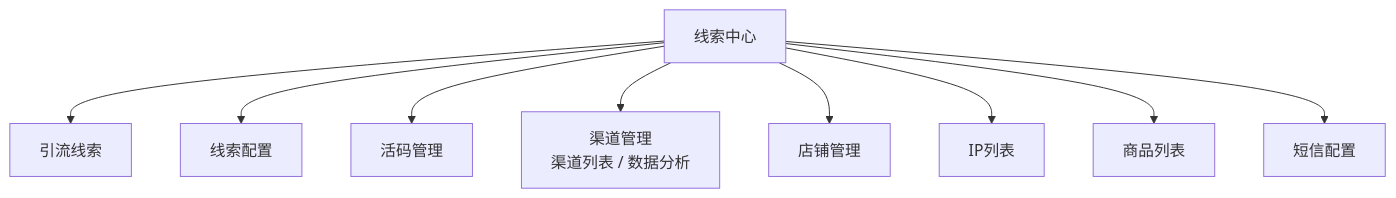
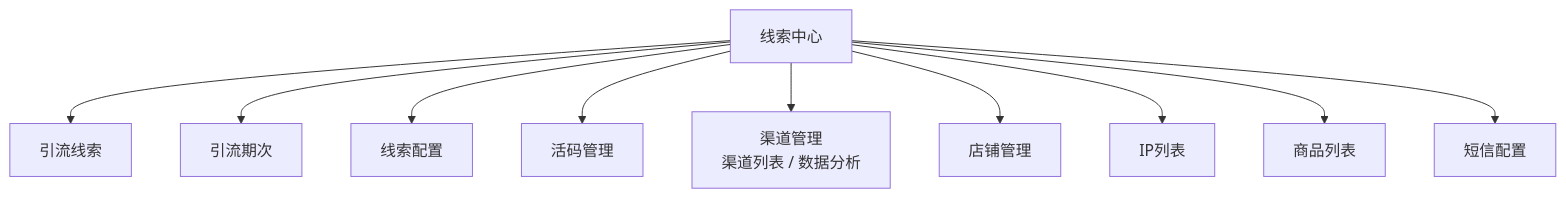
The first of 9 diagrams in docs/product/合数BOSS V1.0线索中心需求文档.md (freya-pr/heshu-boss-demo), drawn with Mermaid before and after one commit. The commit also changed other lines of this file and 11 other files, not shown here.

````diff
--- a/docs/product/合数BOSS V1.0线索中心需求文档.md
+++ b/docs/product/合数BOSS V1.0线索中心需求文档.md
@@ -22,11 +22,12 @@
 ```mermaid
 flowchart TD
     LEAD["线索中心"] --> L1["引流线索"]
+    LEAD --> PERIOD["引流期次"]
     LEAD --> LC["线索配置"]
     LEAD --> QR["活码管理"]
     LEAD --> CH["渠道管理<br/>渠道列表 / 数据分析"]
     LEAD --> SHOP["店铺管理"]
     LEAD --> IP["IP列表"]
     LEAD --> PRODUCT["商品列表"]
     LEAD --> SMS_CONFIG["短信配置"]
 ```
````
